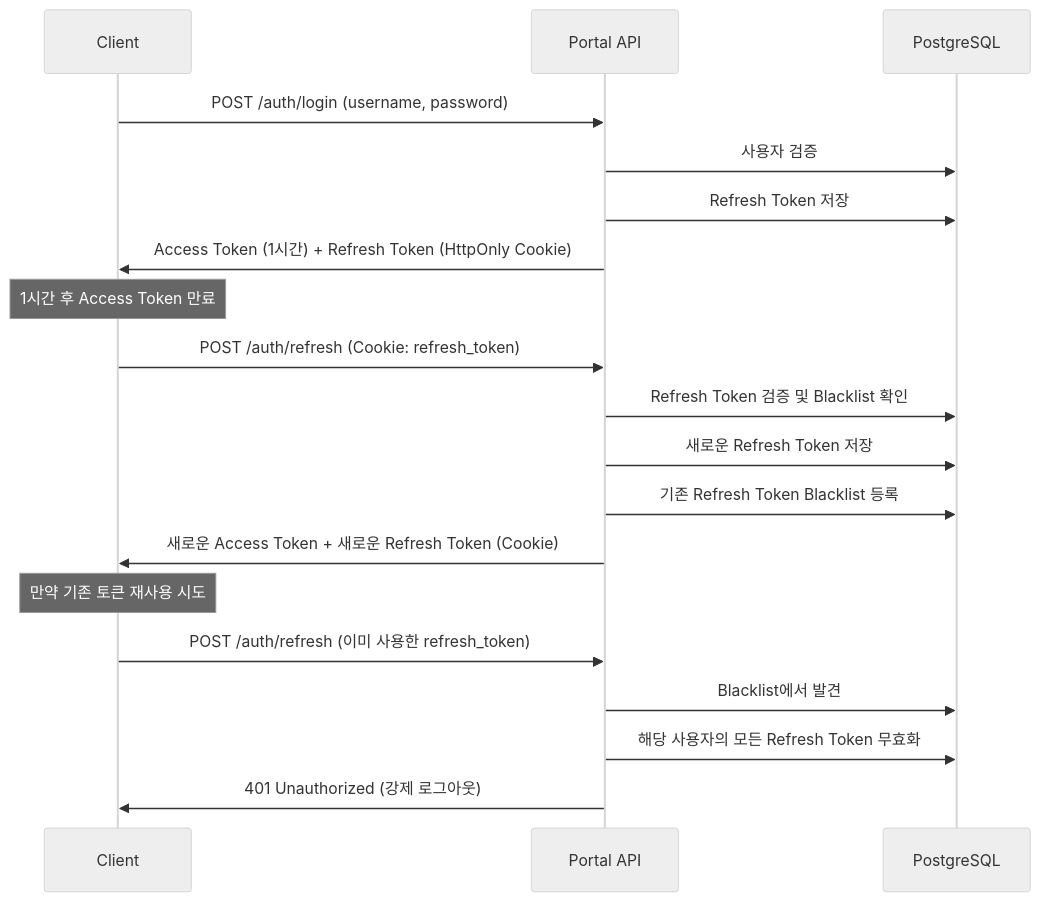
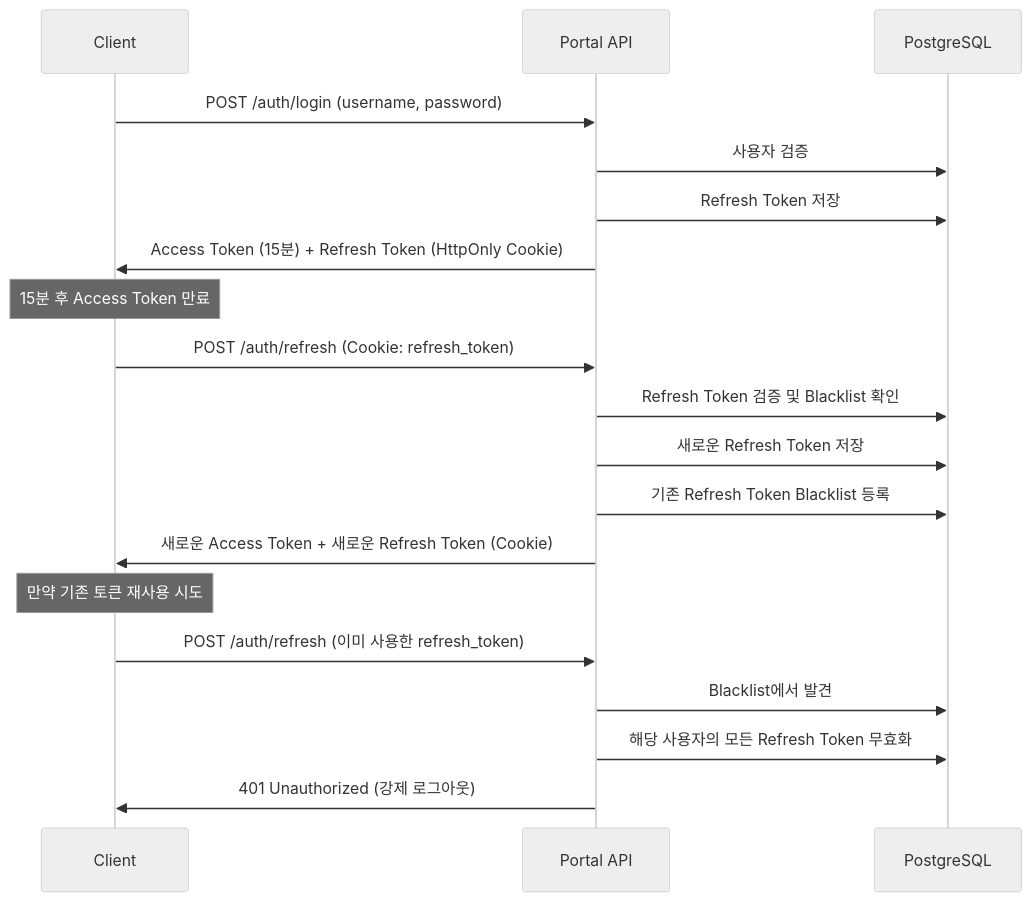
Before and after one commit to jokwangwon/portfolio-blog: the diagram in docs/architecture/jwt-security-enhancement.md, drawn with Mermaid (neutral theme). The commit also changed other lines of this file and 1 other file, not shown here.

First line of the commit message:
fix: Sync JWT access token expiration to 15min across all docs

````diff
--- a/docs/architecture/jwt-security-enhancement.md
+++ b/docs/architecture/jwt-security-enhancement.md
@@ -63,26 +63,26 @@
 ```mermaid
 sequenceDiagram
     participant C as Client
     participant A as Portal API
     participant D as PostgreSQL
 
     C->>A: POST /auth/login (username, password)
     A->>D: 사용자 검증
     A->>D: Refresh Token 저장
-    A->>C: Access Token (1시간) + Refresh Token (HttpOnly Cookie)
+    A->>C: Access Token (15분) + Refresh Token (HttpOnly Cookie)
 
-    Note over C: 1시간 후 Access Token 만료
+    Note over C: 15분 후 Access Token 만료
 
     C->>A: POST /auth/refresh (Cookie: refresh_token)
     A->>D: Refresh Token 검증 및 Blacklist 확인
     A->>D: 새로운 Refresh Token 저장
     A->>D: 기존 Refresh Token Blacklist 등록
     A->>C: 새로운 Access Token + 새로운 Refresh Token (Cookie)
 
     Note over C: 만약 기존 토큰 재사용 시도
 
     C->>A: POST /auth/refresh (이미 사용한 refresh_token)
     A->>D: Blacklist에서 발견
     A->>D: 해당 사용자의 모든 Refresh Token 무효화
     A->>C: 401 Unauthorized (강제 로그아웃)
 ```
````
